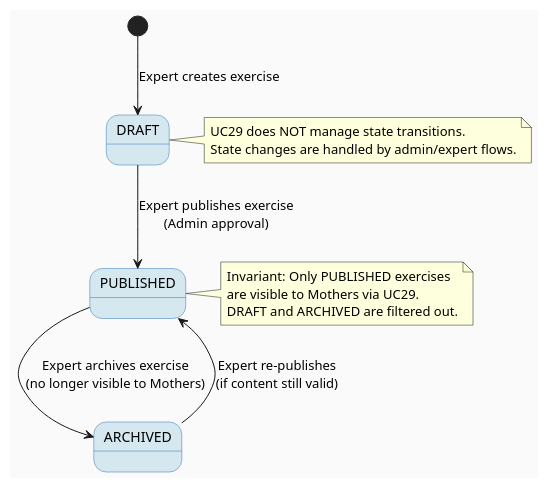
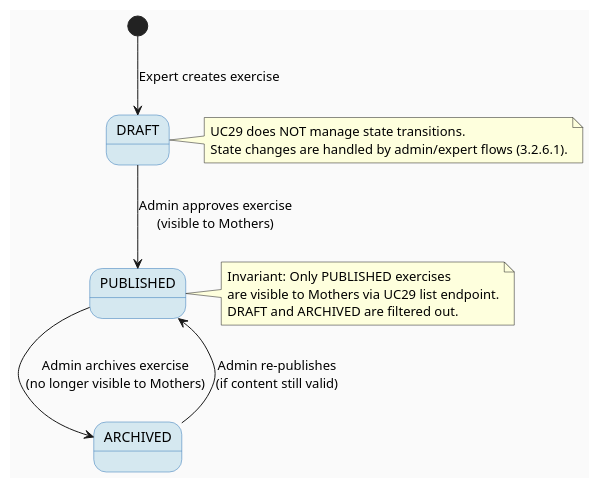
Before and after one commit to ChuongBDHE172784/CareBridge_SEP490_G79: the fourth of 4 diagrams in 04_Implement/UC29_ViewAndSelectPregnancyExercise/UC29_ViewAndSelectPregnancyExercise_TDS.md, drawn with PlantUML. The commit also changed other lines of this file and 375 other files, not shown here.

````diff
--- a/04_Implement/UC29_ViewAndSelectPregnancyExercise/UC29_ViewAndSelectPregnancyExercise_TDS.md
+++ b/04_Implement/UC29_ViewAndSelectPregnancyExercise/UC29_ViewAndSelectPregnancyExercise_TDS.md
@@ -513,25 +441,25 @@
 ```plantuml
 @startuml UC29_ExerciseStatus_StateMachine
 skinparam backgroundColor #FAFAFA
 skinparam StateBackgroundColor #D5E8F0
 skinparam StateBorderColor #2E75B6
 
 [*] --> DRAFT : Expert creates exercise
 
-DRAFT --> PUBLISHED : Expert publishes exercise\n(Admin approval)
-PUBLISHED --> ARCHIVED : Expert archives exercise\n(no longer visible to Mothers)
-ARCHIVED --> PUBLISHED : Expert re-publishes\n(if content still valid)
+DRAFT --> PUBLISHED : Admin approves exercise\n(visible to Mothers)
+PUBLISHED --> ARCHIVED : Admin archives exercise\n(no longer visible to Mothers)
+ARCHIVED --> PUBLISHED : Admin re-publishes\n(if content still valid)
 
 note right of PUBLISHED
   Invariant: Only PUBLISHED exercises
-  are visible to Mothers via UC29.
+  are visible to Mothers via UC29 list endpoint.
   DRAFT and ARCHIVED are filtered out.
 end note
 
 note right of DRAFT
   UC29 does NOT manage state transitions.
-  State changes are handled by admin/expert flows.
+  State changes are handled by admin/expert flows (3.2.6.1).
 end note
 
 @enduml
 ```
````
